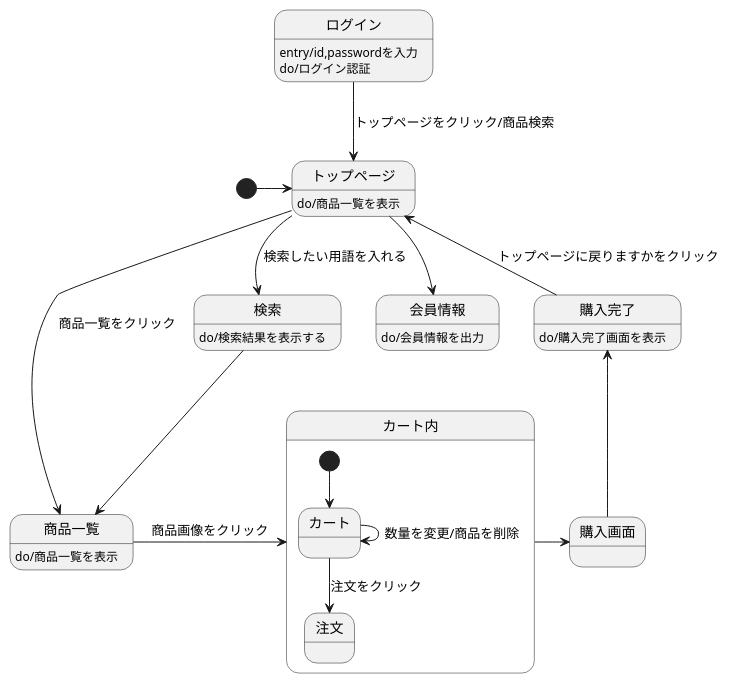
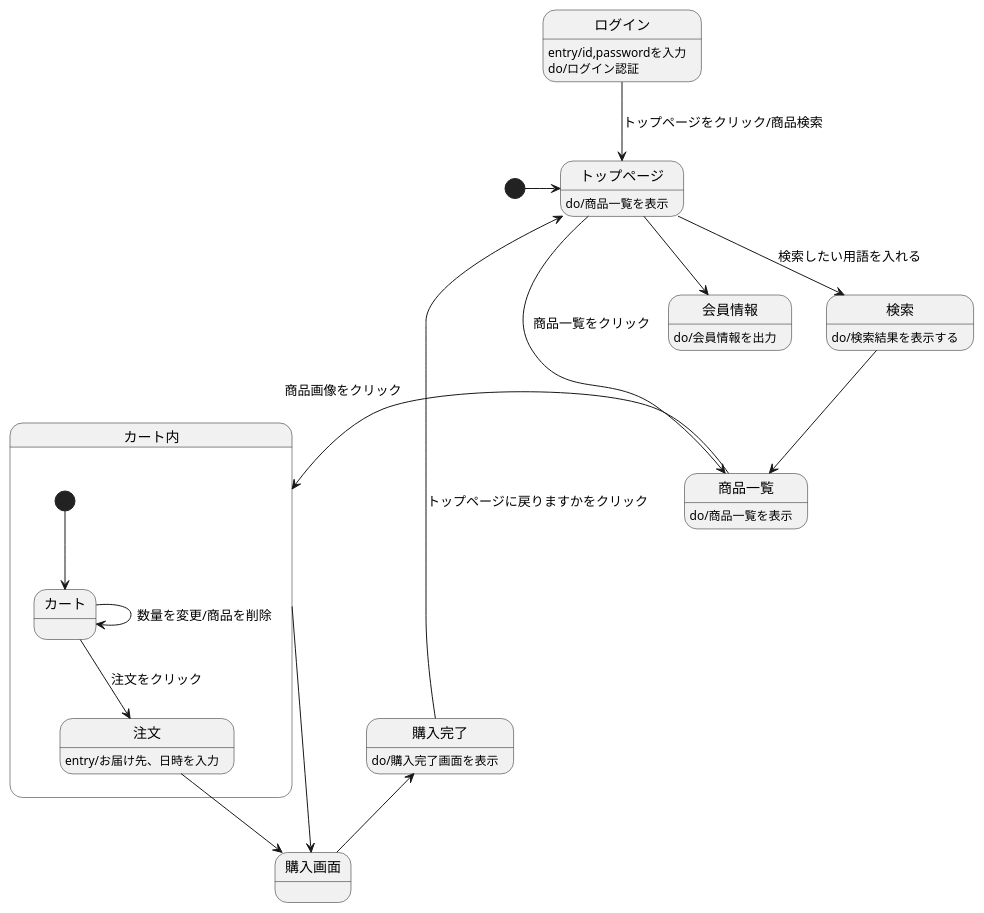
One commit to Aso2001224/2021sys-design changed the diagram in 画面遷移図(original).md. Above: the diagram before and after it, drawn with PlantUML.

````diff
--- a/画面遷移図(original).md
+++ b/画面遷移図(original).md
@@ -1,26 +1,27 @@
 ```uml
 @startuml
 [*]->トップページ
 トップページ:do/商品一覧を表示
 ログイン-->トップページ:トップページをクリック/商品検索
 ログイン:entry/id,passwordを入力
 ログイン:do/ログイン認証
 トップページ-->会員情報
 会員情報:do/会員情報を出力
 トップページ-->検索 :検索したい用語を入れる
 検索:do/検索結果を表示する
 トップページ-->商品一覧 :商品一覧をクリック
 検索-->商品一覧
 商品一覧:do/商品一覧を表示
 商品一覧-right->カート内: 商品画像をクリック
 カート内-right-> 購入画面
 購入画面-up->購入完了
 購入完了:do/購入完了画面を表示
 購入完了-up->トップページ: トップページに戻りますかをクリック
 state カート内{
 [*]--> カート
 カート-down-> 注文: 注文をクリック
 カート->カート: 数量を変更/商品を削除
-
+注文:entry/お届け先、日時を入力
+注文-->購入画面
 @enduml
 ```
````
